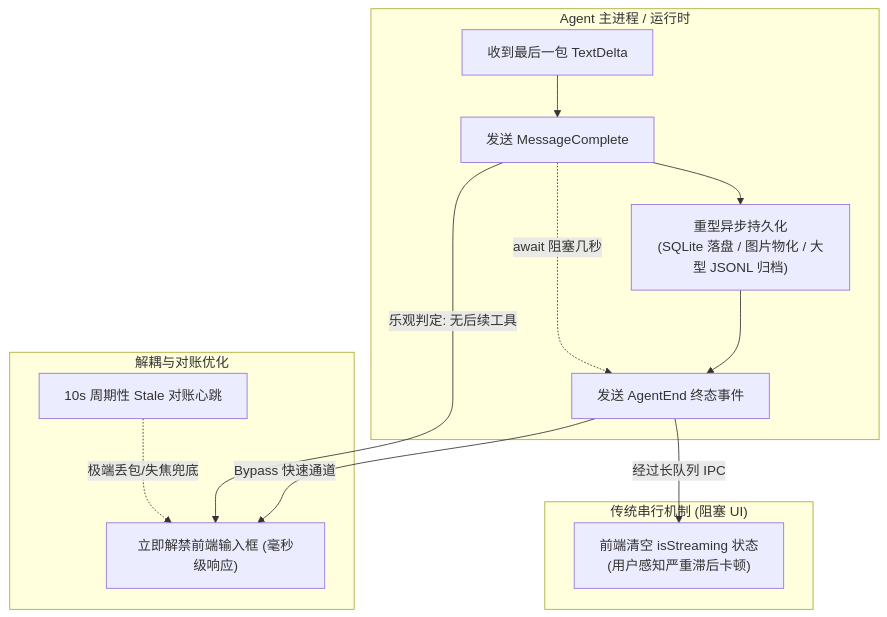
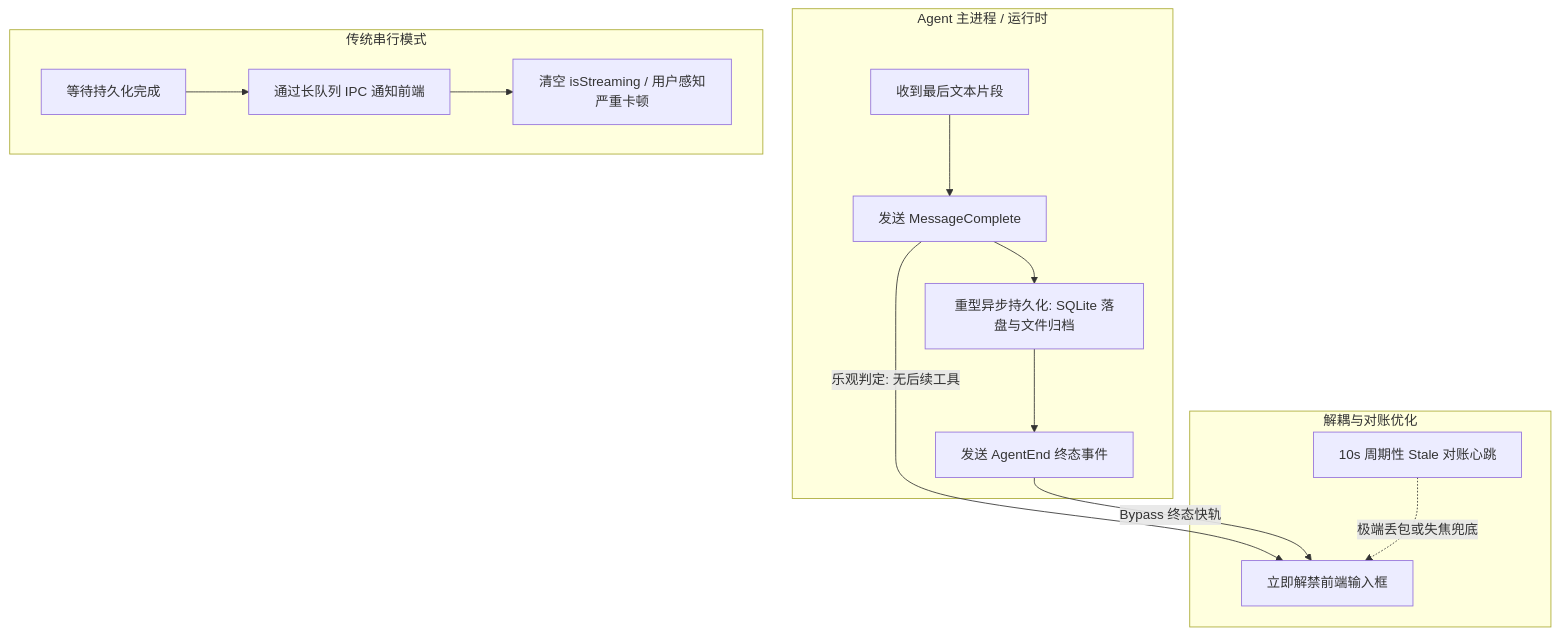
The diagram in content/posts/desktop-agent-streaming-lifecycle-reconciliation.md (ferstar/blog), drawn with Mermaid before and after one commit. The commit also changed 7 other files, not shown here.

Commit message:
fix(blog): sanitize mermaid syntax across all new agent posts

```diff
--- a/content/posts/desktop-agent-streaming-lifecycle-reconciliation.md
+++ b/content/posts/desktop-agent-streaming-lifecycle-reconciliation.md
@@ -16,19 +16,19 @@
 {{< mermaid >}}
 flowchart TD
-  subgraph Backend["Agent 主进程 / 运行时"]
-    M[收到最后一包 TextDelta] --> MC[发送 MessageComplete]
-    MC --> P["重型异步持久化<br/>(SQLite 落盘 / 图片物化 / 大型 JSONL 归档)"]
+  subgraph Backend[Agent 主进程 / 运行时]
+    M[收到最后文本片段] --> MC[发送 MessageComplete]
+    MC --> P[重型异步持久化: SQLite 落盘与文件归档]
     P --> AE[发送 AgentEnd 终态事件]
   end
 
-  subgraph Legacy["传统串行机制 (阻塞 UI)"]
-    MC -.-> |await 阻塞几秒| AE
-    AE -->|经过长队列 IPC| UI1["前端清空 isStreaming 状态<br/>(用户感知严重滞后卡顿)"]
+  subgraph Legacy[传统串行模式]
+    L1[等待持久化完成] --> L2[通过长队列 IPC 通知前端]
+    L2 --> L3[清空 isStreaming / 用户感知严重卡顿]
   end
 
-  subgraph Optimized["解耦与对账优化"]
-    MC -->|乐观判定: 无后续工具| UI2["立即解禁前端输入框 (毫秒级响应)"]
-    AE -->|Bypass 快速通道| UI2
-    T["10s 周期性 Stale 对账心跳"] -.->|极端丢包/失焦兜底| UI2
+  subgraph Optimized[解耦与对账优化]
+    MC -->|乐观判定: 无后续工具| UI1[立即解禁前端输入框]
+    AE -->|Bypass 终态快轨| UI1
+    T[10s 周期性 Stale 对账心跳] -.->|极端丢包或失焦兜底| UI1
   end
 {{< /mermaid >}}
```
